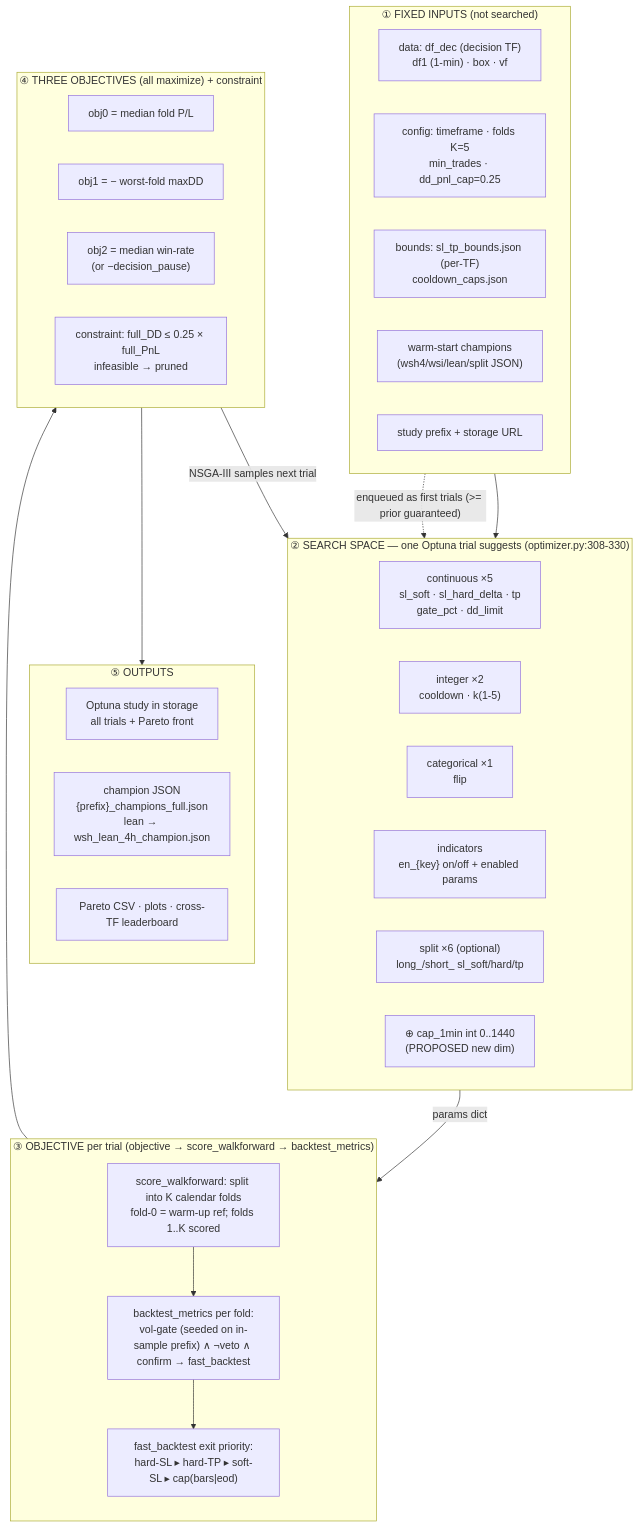
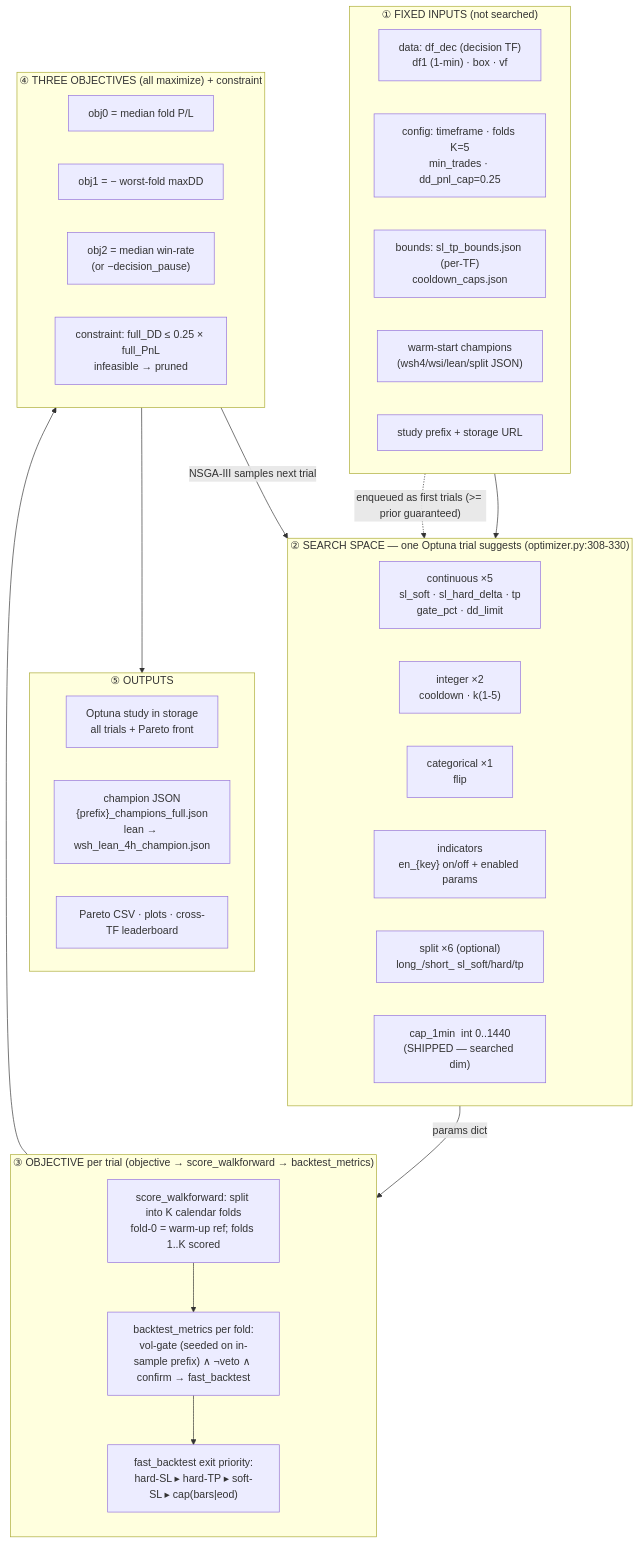
The first of 4 diagrams in subprojects/Parametric-Indicators/docs/OPTIMIZER_MAP.md (mulhamfetna/trading-strategy-finder), drawn with Mermaid before and after one commit. The commit also changed other lines of this file and 4 other files, not shown here.

````diff
--- a/subprojects/Parametric-Indicators/docs/OPTIMIZER_MAP.md
+++ b/subprojects/Parametric-Indicators/docs/OPTIMIZER_MAP.md
@@ -9,51 +13,51 @@
 ```mermaid
 flowchart TB
   subgraph IN["① FIXED INPUTS (not searched)"]
     direction LR
     D1["data: df_dec (decision TF)<br/>df1 (1-min) · box · vf"]
     D2["config: timeframe · folds K=5<br/>min_trades · dd_pnl_cap=0.25"]
     D3["bounds: sl_tp_bounds.json (per-TF)<br/>cooldown_caps.json"]
     D4["warm-start champions<br/>(wsh4/wsi/lean/split JSON)"]
     D5["study prefix + storage URL"]
   end
 
   subgraph SS["② SEARCH SPACE — one Optuna trial suggests (optimizer.py:308-330)"]
     direction LR
     C["continuous ×5<br/>sl_soft · sl_hard_delta · tp<br/>gate_pct · dd_limit"]
     K["integer ×2<br/>cooldown · k(1-5)"]
     F["categorical ×1<br/>flip"]
     I["indicators<br/>en_{key} on/off + enabled params"]
     SP["split ×6 (optional)<br/>long_/short_ sl_soft/hard/tp"]
-    CAP["⊕ cap_1min  int 0..1440<br/>(PROPOSED new dim)"]
+    CAP["cap_1min  int 0..1440<br/>(SHIPPED — searched dim)"]
   end
 
   subgraph EVAL["③ OBJECTIVE per trial (objective → score_walkforward → backtest_metrics)"]
     direction TB
     WF["score_walkforward: split into K calendar folds<br/>fold-0 = warm-up ref; folds 1..K scored"]
     BT["backtest_metrics per fold:<br/>vol-gate (seeded on in-sample prefix) ∧ ¬veto ∧ confirm → fast_backtest"]
     ENG["fast_backtest exit priority:<br/>hard-SL ▸ hard-TP ▸ soft-SL ▸ cap(bars|eod)"]
     WF --> BT --> ENG
   end
 
   subgraph OBJ["④ THREE OBJECTIVES (all maximize) + constraint"]
     direction LR
     O0["obj0 = median fold P/L"]
     O1["obj1 = − worst-fold maxDD"]
     O2["obj2 = median win-rate<br/>(or −decision_pause)"]
     CON["constraint: full_DD ≤ 0.25 × full_PnL<br/>infeasible → pruned"]
   end
 
   subgraph OUT["⑤ OUTPUTS"]
     direction LR
     STO["Optuna study in storage<br/>all trials + Pareto front"]
     CHAMP["champion JSON<br/>{prefix}_champions_full.json<br/>lean → wsh_lean_4h_champion.json"]
     REP["Pareto CSV · plots · cross-TF leaderboard"]
   end
 
   IN --> SS
   SS -->|"params dict"| EVAL
   EVAL --> OBJ
   OBJ -->|"NSGA-III samples next trial"| SS
   OBJ --> OUT
   D4 -.->|"enqueued as first trials (>= prior guaranteed)"| SS
 ```
````
